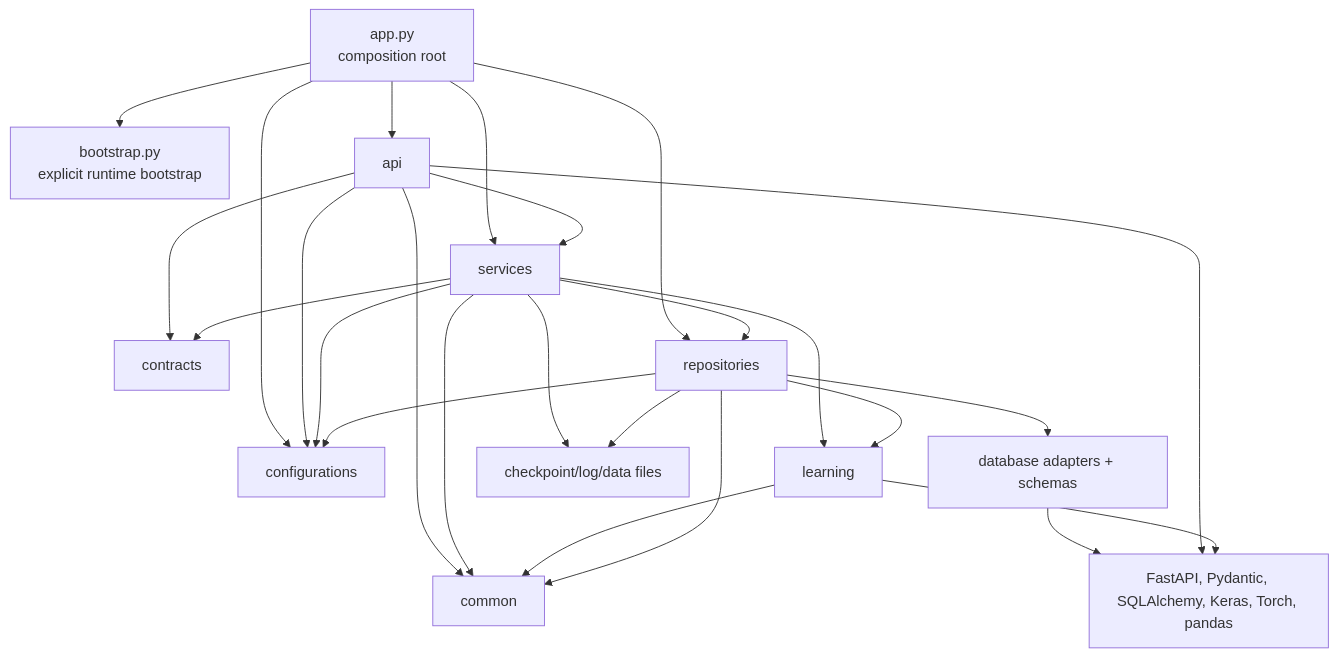
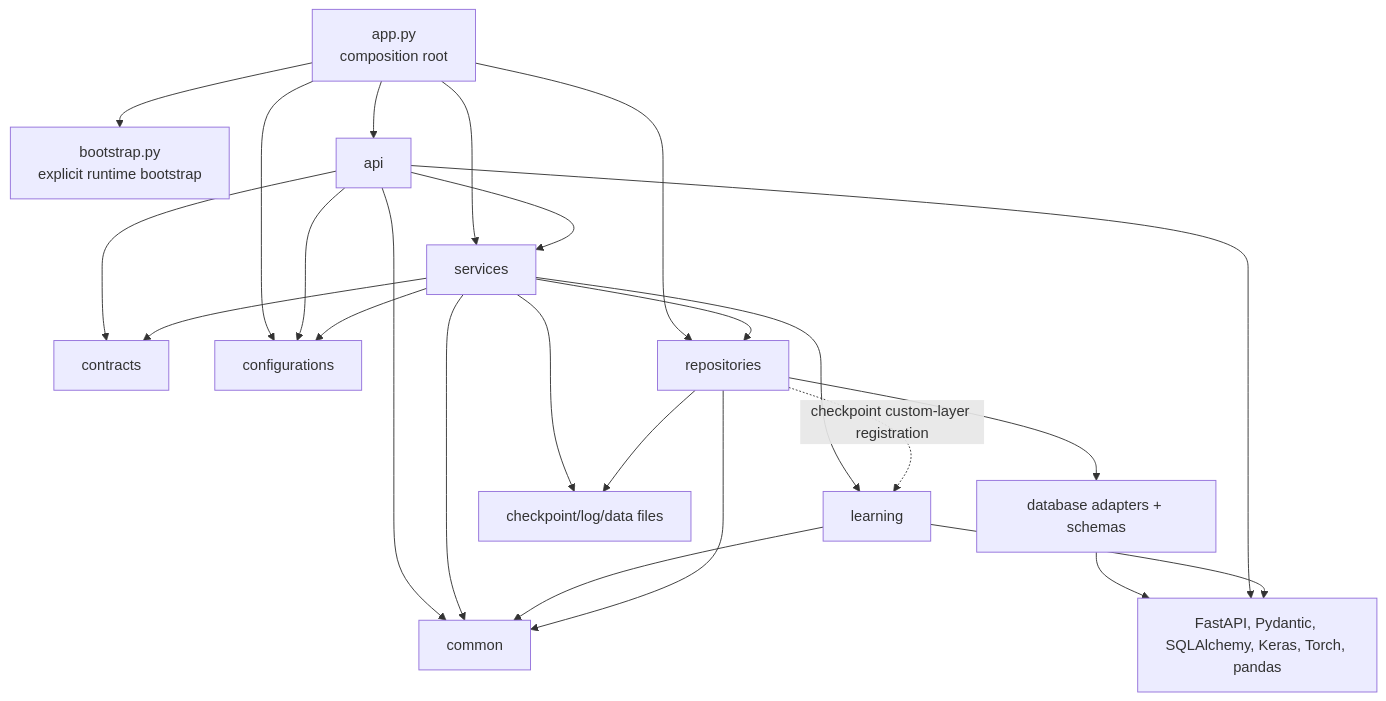
Before and after one commit to CTCycle/FAIRS-Roulette-Player: the first of 4 diagrams in assets/docs/architecture/execution_and_data_flow.md, drawn with Mermaid. The commit also changed other lines of this file and 19 other files, not shown here.

````diff
--- a/assets/docs/architecture/execution_and_data_flow.md
+++ b/assets/docs/architecture/execution_and_data_flow.md
@@ -19,40 +19,39 @@
 ```mermaid
 flowchart TD
     Root[app.py\ncomposition root]
     Bootstrap[bootstrap.py\nexplicit runtime bootstrap]
     API[api]
     Contracts[contracts]
     Config[configurations]
     Services[services]
     Learning[learning]
     Repos[repositories]
     Common[common]
     DB[database adapters + schemas]
     Files[checkpoint/log/data files]
     ThirdParty[FastAPI, Pydantic, SQLAlchemy, Keras, Torch, pandas]
 
     Root --> API
     Root --> Bootstrap
     Root --> Config
     Root --> Services
     Root --> Repos
     API --> Contracts
     API --> Config
     API --> Services
     API --> Common
     Services --> Contracts
     Services --> Config
     Services --> Learning
     Services --> Repos
     Services --> Common
     Learning --> Common
-    Repos --> Config
     Repos --> DB
-    Repos --> Learning
     Repos --> Common
+    Repos -.->|checkpoint custom-layer registration| Learning
     DB --> ThirdParty
     API --> ThirdParty
     Learning --> ThirdParty
     Services --> Files
     Repos --> Files
 ```
````
